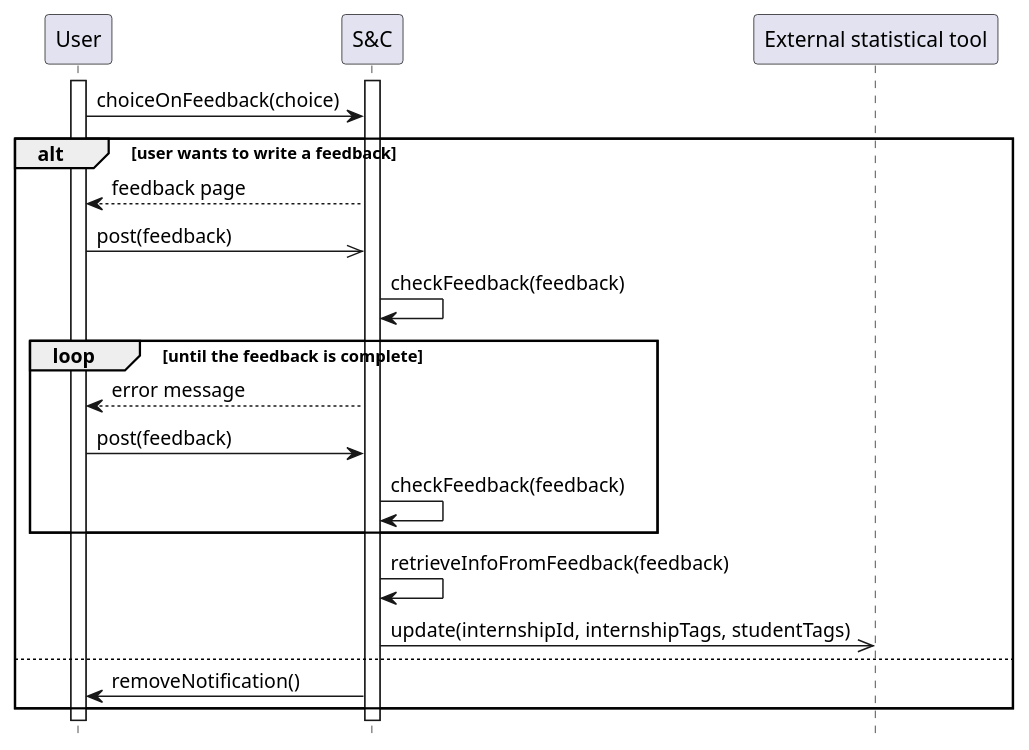
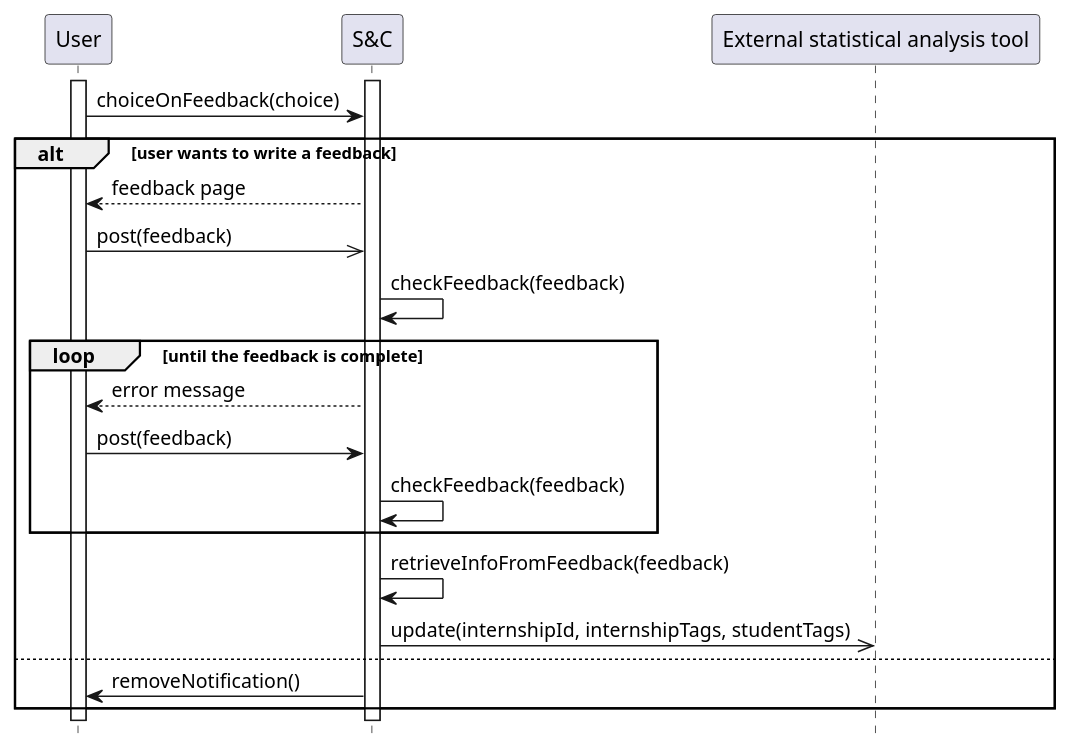
One commit to matti8702/R_and_DD_project_SE2 changed the diagram in RASD/Specific_requirements/uml_diagrams/UC28_diagram.puml. Above: the diagram before and after it, drawn with PlantUML. The commit also changed 3 other files, not shown here.

Commit message:
fix: fix use cases diagrams

```diff
--- a/RASD/Specific_requirements/uml_diagrams/UC28_diagram.puml
+++ b/RASD/Specific_requirements/uml_diagrams/UC28_diagram.puml
@@ -1,26 +1,26 @@
 @startuml UC28_diagram
 hide footbox
 
 participant "User" AS U
 participant "S&C" AS S
-participant "External statistical tool" AS EXT
+participant "External statistical analysis tool" AS EXT
 
 activate U
 activate S
 
 U -> S : choiceOnFeedback(choice)
 alt user wants to write a feedback
     S --> U : feedback page
     U ->> S : post(feedback)
     S -> S : checkFeedback(feedback)
     loop until the feedback is complete
         S --> U : error message
         U -> S : post(feedback)
         S -> S : checkFeedback(feedback)
     end
     S -> S: retrieveInfoFromFeedback(feedback)
     S ->> EXT : update(internshipId, internshipTags, studentTags)
 else 
     S -> U : removeNotification()
 end
 @enduml
```
